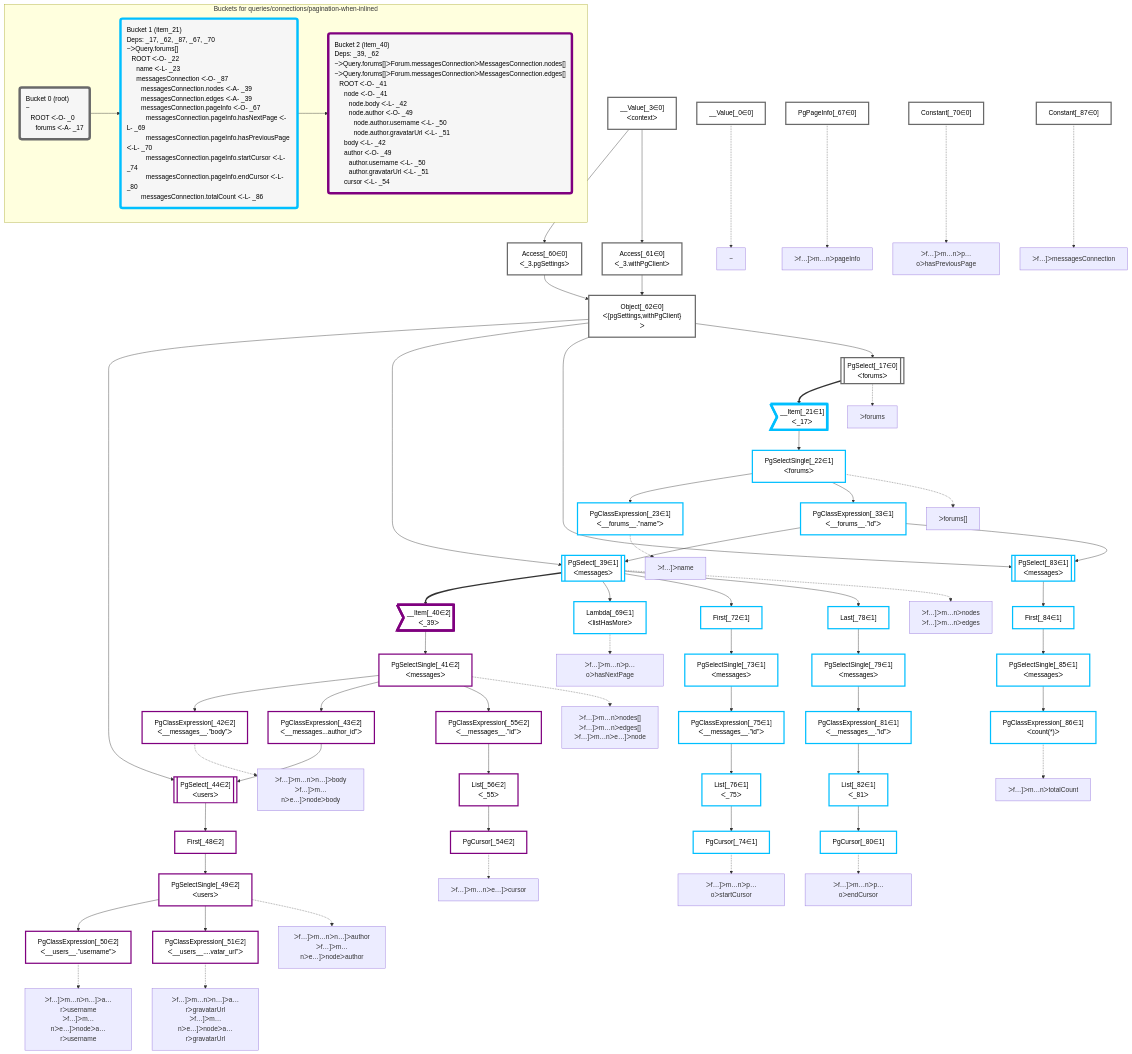
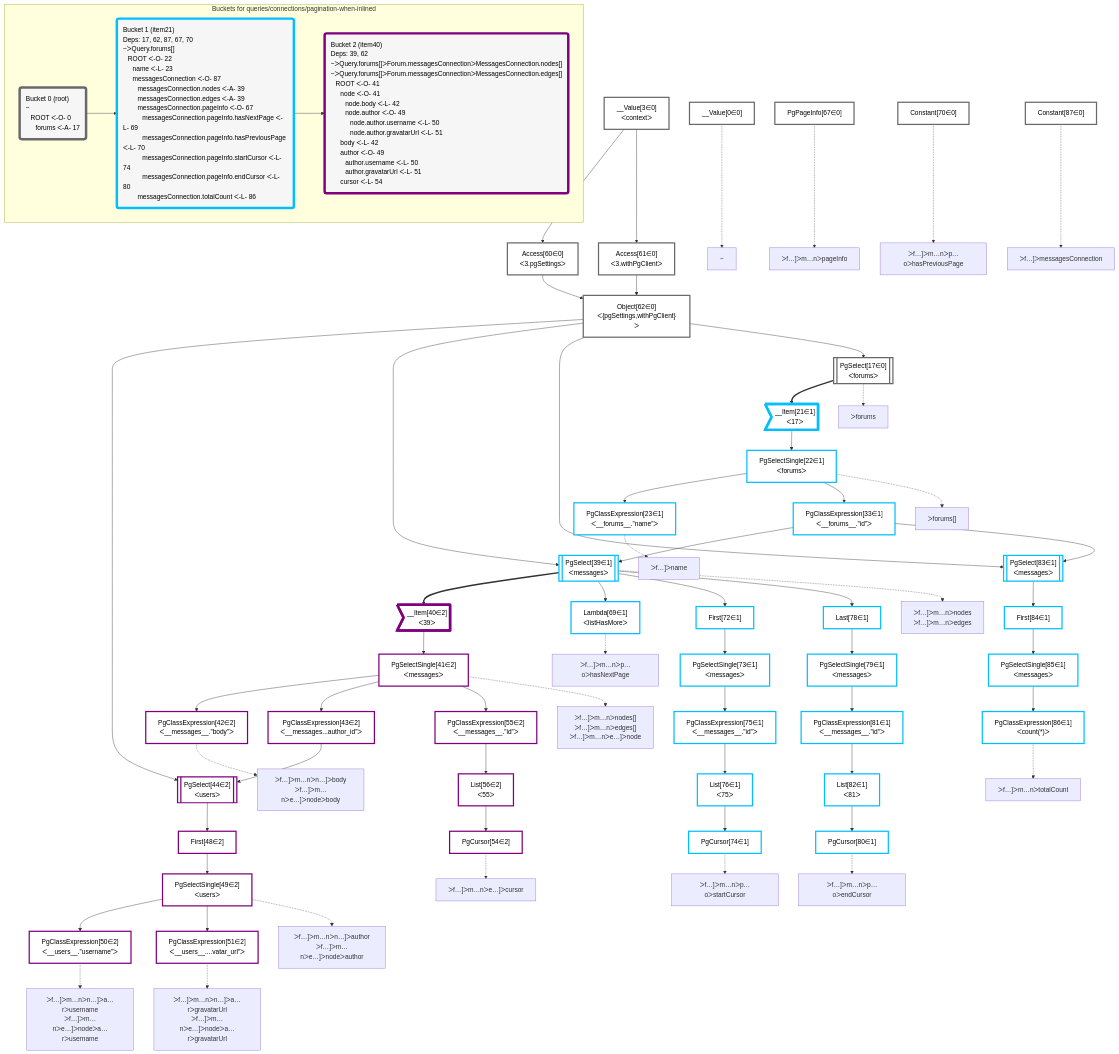
The diagram in packages/dataplan-pg/__tests__/queries/connections/pagination-when-inlined.deopt.mermaid.md (graphile/crystal), drawn with Mermaid before and after one commit. The commit also changed 195 other files, not shown here.

```diff
--- a/packages/dataplan-pg/__tests__/queries/connections/pagination-when-inlined.deopt.mermaid.md
+++ b/packages/dataplan-pg/__tests__/queries/connections/pagination-when-inlined.deopt.mermaid.md
@@ -8,134 +8,134 @@
 
 
     %% define plans
-    __Value_0["__Value[_0∈0]"]:::plan
-    PgClassExpression_23["PgClassExpression[_23∈1]<br />ᐸ__forums__.”name”ᐳ"]:::plan
-    PgClassExpression_42["PgClassExpression[_42∈2]<br />ᐸ__messages__.”body”ᐳ"]:::plan
-    PgClassExpression_50["PgClassExpression[_50∈2]<br />ᐸ__users__.”username”ᐳ"]:::plan
-    PgClassExpression_51["PgClassExpression[_51∈2]<br />ᐸ__users__....vatar_url”ᐳ"]:::plan
-    PgSelectSingle_49["PgSelectSingle[_49∈2]<br />ᐸusersᐳ"]:::plan
-    First_48["First[_48∈2]"]:::plan
-    PgSelect_44[["PgSelect[_44∈2]<br />ᐸusersᐳ"]]:::plan
-    PgClassExpression_43["PgClassExpression[_43∈2]<br />ᐸ__messages...author_id”ᐳ"]:::plan
-    PgCursor_54["PgCursor[_54∈2]"]:::plan
-    List_56["List[_56∈2]<br />ᐸ_55ᐳ"]:::plan
-    PgClassExpression_55["PgClassExpression[_55∈2]<br />ᐸ__messages__.”id”ᐳ"]:::plan
-    PgSelectSingle_41["PgSelectSingle[_41∈2]<br />ᐸmessagesᐳ"]:::plan
-    __Item_40>"__Item[_40∈2]<br />ᐸ_39ᐳ"]:::itemplan
-    Lambda_69["Lambda[_69∈1]<br />ᐸlistHasMoreᐳ"]:::plan
-    PgCursor_74["PgCursor[_74∈1]"]:::plan
-    List_76["List[_76∈1]<br />ᐸ_75ᐳ"]:::plan
-    PgClassExpression_75["PgClassExpression[_75∈1]<br />ᐸ__messages__.”id”ᐳ"]:::plan
-    PgSelectSingle_73["PgSelectSingle[_73∈1]<br />ᐸmessagesᐳ"]:::plan
-    First_72["First[_72∈1]"]:::plan
-    PgCursor_80["PgCursor[_80∈1]"]:::plan
-    List_82["List[_82∈1]<br />ᐸ_81ᐳ"]:::plan
-    PgClassExpression_81["PgClassExpression[_81∈1]<br />ᐸ__messages__.”id”ᐳ"]:::plan
-    PgSelectSingle_79["PgSelectSingle[_79∈1]<br />ᐸmessagesᐳ"]:::plan
-    Last_78["Last[_78∈1]"]:::plan
-    PgSelect_39[["PgSelect[_39∈1]<br />ᐸmessagesᐳ"]]:::plan
-    PgClassExpression_86["PgClassExpression[_86∈1]<br />ᐸcount(*)ᐳ"]:::plan
-    PgSelectSingle_85["PgSelectSingle[_85∈1]<br />ᐸmessagesᐳ"]:::plan
-    First_84["First[_84∈1]"]:::plan
-    PgSelect_83[["PgSelect[_83∈1]<br />ᐸmessagesᐳ"]]:::plan
-    PgClassExpression_33["PgClassExpression[_33∈1]<br />ᐸ__forums__.”id”ᐳ"]:::plan
-    PgSelectSingle_22["PgSelectSingle[_22∈1]<br />ᐸforumsᐳ"]:::plan
-    __Item_21>"__Item[_21∈1]<br />ᐸ_17ᐳ"]:::itemplan
-    PgSelect_17[["PgSelect[_17∈0]<br />ᐸforumsᐳ"]]:::plan
-    Object_62["Object[_62∈0]<br />ᐸ{pgSettings,withPgClient}ᐳ"]:::plan
-    Access_60["Access[_60∈0]<br />ᐸ_3.pgSettingsᐳ"]:::plan
-    Access_61["Access[_61∈0]<br />ᐸ_3.withPgClientᐳ"]:::plan
-    __Value_3["__Value[_3∈0]<br />ᐸcontextᐳ"]:::plan
-    Constant_87["Constant[_87∈0]"]:::plan
-    PgPageInfo_67["PgPageInfo[_67∈0]"]:::plan
-    Constant_70["Constant[_70∈0]"]:::plan
+    __Value0["__Value[0∈0]"]:::plan
+    PgClassExpression23["PgClassExpression[23∈1]<br />ᐸ__forums__.”name”ᐳ"]:::plan
+    PgClassExpression42["PgClassExpression[42∈2]<br />ᐸ__messages__.”body”ᐳ"]:::plan
+    PgClassExpression50["PgClassExpression[50∈2]<br />ᐸ__users__.”username”ᐳ"]:::plan
+    PgClassExpression51["PgClassExpression[51∈2]<br />ᐸ__users__....vatar_url”ᐳ"]:::plan
+    PgSelectSingle49["PgSelectSingle[49∈2]<br />ᐸusersᐳ"]:::plan
+    First48["First[48∈2]"]:::plan
+    PgSelect44[["PgSelect[44∈2]<br />ᐸusersᐳ"]]:::plan
+    PgClassExpression43["PgClassExpression[43∈2]<br />ᐸ__messages...author_id”ᐳ"]:::plan
+    PgCursor54["PgCursor[54∈2]"]:::plan
+    List56["List[56∈2]<br />ᐸ55ᐳ"]:::plan
+    PgClassExpression55["PgClassExpression[55∈2]<br />ᐸ__messages__.”id”ᐳ"]:::plan
+    PgSelectSingle41["PgSelectSingle[41∈2]<br />ᐸmessagesᐳ"]:::plan
+    __Item40>"__Item[40∈2]<br />ᐸ39ᐳ"]:::itemplan
+    Lambda69["Lambda[69∈1]<br />ᐸlistHasMoreᐳ"]:::plan
+    PgCursor74["PgCursor[74∈1]"]:::plan
+    List76["List[76∈1]<br />ᐸ75ᐳ"]:::plan
+    PgClassExpression75["PgClassExpression[75∈1]<br />ᐸ__messages__.”id”ᐳ"]:::plan
+    PgSelectSingle73["PgSelectSingle[73∈1]<br />ᐸmessagesᐳ"]:::plan
+    First72["First[72∈1]"]:::plan
+    PgCursor80["PgCursor[80∈1]"]:::plan
+    List82["List[82∈1]<br />ᐸ81ᐳ"]:::plan
+    PgClassExpression81["PgClassExpression[81∈1]<br />ᐸ__messages__.”id”ᐳ"]:::plan
+    PgSelectSingle79["PgSelectSingle[79∈1]<br />ᐸmessagesᐳ"]:::plan
+    Last78["Last[78∈1]"]:::plan
+    PgSelect39[["PgSelect[39∈1]<br />ᐸmessagesᐳ"]]:::plan
+    PgClassExpression86["PgClassExpression[86∈1]<br />ᐸcount(*)ᐳ"]:::plan
+    PgSelectSingle85["PgSelectSingle[85∈1]<br />ᐸmessagesᐳ"]:::plan
+    First84["First[84∈1]"]:::plan
+    PgSelect83[["PgSelect[83∈1]<br />ᐸmessagesᐳ"]]:::plan
+    PgClassExpression33["PgClassExpression[33∈1]<br />ᐸ__forums__.”id”ᐳ"]:::plan
+    PgSelectSingle22["PgSelectSingle[22∈1]<br />ᐸforumsᐳ"]:::plan
+    __Item21>"__Item[21∈1]<br />ᐸ17ᐳ"]:::itemplan
+    PgSelect17[["PgSelect[17∈0]<br />ᐸforumsᐳ"]]:::plan
+    Object62["Object[62∈0]<br />ᐸ{pgSettings,withPgClient}ᐳ"]:::plan
+    Access60["Access[60∈0]<br />ᐸ3.pgSettingsᐳ"]:::plan
+    Access61["Access[61∈0]<br />ᐸ3.withPgClientᐳ"]:::plan
+    __Value3["__Value[3∈0]<br />ᐸcontextᐳ"]:::plan
+    Constant87["Constant[87∈0]"]:::plan
+    PgPageInfo67["PgPageInfo[67∈0]"]:::plan
+    Constant70["Constant[70∈0]"]:::plan
 
     %% plan dependencies
-    PgSelectSingle_22 --> PgClassExpression_23
-    PgSelectSingle_41 --> PgClassExpression_42
-    PgSelectSingle_49 --> PgClassExpression_50
-    PgSelectSingle_49 --> PgClassExpression_51
-    First_48 --> PgSelectSingle_49
-    PgSelect_44 --> First_48
-    Object_62 & PgClassExpression_43 --> PgSelect_44
-    PgSelectSingle_41 --> PgClassExpression_43
-    List_56 --> PgCursor_54
-    PgClassExpression_55 --> List_56
-    PgSelectSingle_41 --> PgClassExpression_55
-    __Item_40 --> PgSelectSingle_41
-    PgSelect_39 ==> __Item_40
-    PgSelect_39 --> Lambda_69
-    List_76 --> PgCursor_74
-    PgClassExpression_75 --> List_76
-    PgSelectSingle_73 --> PgClassExpression_75
-    First_72 --> PgSelectSingle_73
-    PgSelect_39 --> First_72
-    List_82 --> PgCursor_80
-    PgClassExpression_81 --> List_82
-    PgSelectSingle_79 --> PgClassExpression_81
-    Last_78 --> PgSelectSingle_79
-    PgSelect_39 --> Last_78
-    Object_62 & PgClassExpression_33 --> PgSelect_39
-    PgSelectSingle_85 --> PgClassExpression_86
-    First_84 --> PgSelectSingle_85
-    PgSelect_83 --> First_84
-    Object_62 & PgClassExpression_33 --> PgSelect_83
-    PgSelectSingle_22 --> PgClassExpression_33
-    __Item_21 --> PgSelectSingle_22
-    PgSelect_17 ==> __Item_21
-    Object_62 --> PgSelect_17
-    Access_60 & Access_61 --> Object_62
-    __Value_3 --> Access_60
-    __Value_3 --> Access_61
+    PgSelectSingle22 --> PgClassExpression23
+    PgSelectSingle41 --> PgClassExpression42
+    PgSelectSingle49 --> PgClassExpression50
+    PgSelectSingle49 --> PgClassExpression51
+    First48 --> PgSelectSingle49
+    PgSelect44 --> First48
+    Object62 & PgClassExpression43 --> PgSelect44
+    PgSelectSingle41 --> PgClassExpression43
+    List56 --> PgCursor54
+    PgClassExpression55 --> List56
+    PgSelectSingle41 --> PgClassExpression55
+    __Item40 --> PgSelectSingle41
+    PgSelect39 ==> __Item40
+    PgSelect39 --> Lambda69
+    List76 --> PgCursor74
+    PgClassExpression75 --> List76
+    PgSelectSingle73 --> PgClassExpression75
+    First72 --> PgSelectSingle73
+    PgSelect39 --> First72
+    List82 --> PgCursor80
+    PgClassExpression81 --> List82
+    PgSelectSingle79 --> PgClassExpression81
+    Last78 --> PgSelectSingle79
+    PgSelect39 --> Last78
+    Object62 & PgClassExpression33 --> PgSelect39
+    PgSelectSingle85 --> PgClassExpression86
+    First84 --> PgSelectSingle85
+    PgSelect83 --> First84
+    Object62 & PgClassExpression33 --> PgSelect83
+    PgSelectSingle22 --> PgClassExpression33
+    __Item21 --> PgSelectSingle22
+    PgSelect17 ==> __Item21
+    Object62 --> PgSelect17
+    Access60 & Access61 --> Object62
+    __Value3 --> Access60
+    __Value3 --> Access61
 
     %% plan-to-path relationships
-    P_0["~"]
-    __Value_0 -.-> P_0
-    P_17["ᐳforums"]
-    PgSelect_17 -.-> P_17
-    P_22["ᐳforums[]"]
-    PgSelectSingle_22 -.-> P_22
-    P_23["ᐳf…]ᐳname"]
-    PgClassExpression_23 -.-> P_23
-    P_39["ᐳf…]ᐳm…nᐳnodes<br />ᐳf…]ᐳm…nᐳedges"]
-    PgSelect_39 -.-> P_39
-    P_41["ᐳf…]ᐳm…nᐳnodes[]<br />ᐳf…]ᐳm…nᐳedges[]<br />ᐳf…]ᐳm…nᐳe…]ᐳnode"]
-    PgSelectSingle_41 -.-> P_41
-    P_42["ᐳf…]ᐳm…nᐳn…]ᐳbody<br />ᐳf…]ᐳm…nᐳe…]ᐳnodeᐳbody"]
-    PgClassExpression_42 -.-> P_42
-    P_49["ᐳf…]ᐳm…nᐳn…]ᐳauthor<br />ᐳf…]ᐳm…nᐳe…]ᐳnodeᐳauthor"]
-    PgSelectSingle_49 -.-> P_49
-    P_50["ᐳf…]ᐳm…nᐳn…]ᐳa…rᐳusername<br />ᐳf…]ᐳm…nᐳe…]ᐳnodeᐳa…rᐳusername"]
-    PgClassExpression_50 -.-> P_50
-    P_51["ᐳf…]ᐳm…nᐳn…]ᐳa…rᐳgravatarUrl<br />ᐳf…]ᐳm…nᐳe…]ᐳnodeᐳa…rᐳgravatarUrl"]
-    PgClassExpression_51 -.-> P_51
-    P_54["ᐳf…]ᐳm…nᐳe…]ᐳcursor"]
-    PgCursor_54 -.-> P_54
-    P_67["ᐳf…]ᐳm…nᐳpageInfo"]
-    PgPageInfo_67 -.-> P_67
-    P_69["ᐳf…]ᐳm…nᐳp…oᐳhasNextPage"]
-    Lambda_69 -.-> P_69
-    P_70["ᐳf…]ᐳm…nᐳp…oᐳhasPreviousPage"]
-    Constant_70 -.-> P_70
-    P_74["ᐳf…]ᐳm…nᐳp…oᐳstartCursor"]
-    PgCursor_74 -.-> P_74
-    P_80["ᐳf…]ᐳm…nᐳp…oᐳendCursor"]
-    PgCursor_80 -.-> P_80
-    P_86["ᐳf…]ᐳm…nᐳtotalCount"]
-    PgClassExpression_86 -.-> P_86
-    P_87["ᐳf…]ᐳmessagesConnection"]
-    Constant_87 -.-> P_87
+    P0["~"]
+    __Value0 -.-> P0
+    P17["ᐳforums"]
+    PgSelect17 -.-> P17
+    P22["ᐳforums[]"]
+    PgSelectSingle22 -.-> P22
+    P23["ᐳf…]ᐳname"]
+    PgClassExpression23 -.-> P23
+    P39["ᐳf…]ᐳm…nᐳnodes<br />ᐳf…]ᐳm…nᐳedges"]
+    PgSelect39 -.-> P39
+    P41["ᐳf…]ᐳm…nᐳnodes[]<br />ᐳf…]ᐳm…nᐳedges[]<br />ᐳf…]ᐳm…nᐳe…]ᐳnode"]
+    PgSelectSingle41 -.-> P41
+    P42["ᐳf…]ᐳm…nᐳn…]ᐳbody<br />ᐳf…]ᐳm…nᐳe…]ᐳnodeᐳbody"]
+    PgClassExpression42 -.-> P42
+    P49["ᐳf…]ᐳm…nᐳn…]ᐳauthor<br />ᐳf…]ᐳm…nᐳe…]ᐳnodeᐳauthor"]
+    PgSelectSingle49 -.-> P49
+    P50["ᐳf…]ᐳm…nᐳn…]ᐳa…rᐳusername<br />ᐳf…]ᐳm…nᐳe…]ᐳnodeᐳa…rᐳusername"]
+    PgClassExpression50 -.-> P50
+    P51["ᐳf…]ᐳm…nᐳn…]ᐳa…rᐳgravatarUrl<br />ᐳf…]ᐳm…nᐳe…]ᐳnodeᐳa…rᐳgravatarUrl"]
+    PgClassExpression51 -.-> P51
+    P54["ᐳf…]ᐳm…nᐳe…]ᐳcursor"]
+    PgCursor54 -.-> P54
+    P67["ᐳf…]ᐳm…nᐳpageInfo"]
+    PgPageInfo67 -.-> P67
+    P69["ᐳf…]ᐳm…nᐳp…oᐳhasNextPage"]
+    Lambda69 -.-> P69
+    P70["ᐳf…]ᐳm…nᐳp…oᐳhasPreviousPage"]
+    Constant70 -.-> P70
+    P74["ᐳf…]ᐳm…nᐳp…oᐳstartCursor"]
+    PgCursor74 -.-> P74
+    P80["ᐳf…]ᐳm…nᐳp…oᐳendCursor"]
+    PgCursor80 -.-> P80
+    P86["ᐳf…]ᐳm…nᐳtotalCount"]
+    PgClassExpression86 -.-> P86
+    P87["ᐳf…]ᐳmessagesConnection"]
+    Constant87 -.-> P87
 
     subgraph "Buckets for queries/connections/pagination-when-inlined"
-    Bucket0("Bucket 0 (root)<br />~<br />⠀ROOT ᐸ-O- _0<br />⠀⠀forums ᐸ-A- _17"):::bucket
+    Bucket0("Bucket 0 (root)<br />~<br />⠀ROOT ᐸ-O- 0<br />⠀⠀forums ᐸ-A- 17"):::bucket
     classDef bucket0 stroke:#696969
-    class Bucket0,__Value_0,__Value_3,PgSelect_17,Access_60,Access_61,Object_62,PgPageInfo_67,Constant_70,Constant_87 bucket0
-    Bucket1("Bucket 1 (item_21)<br />Deps: _17, _62, _87, _67, _70<br />~ᐳQuery.forums[]<br />⠀ROOT ᐸ-O- _22<br />⠀⠀name ᐸ-L- _23<br />⠀⠀messagesConnection ᐸ-O- _87<br />⠀⠀⠀messagesConnection.nodes ᐸ-A- _39<br />⠀⠀⠀messagesConnection.edges ᐸ-A- _39<br />⠀⠀⠀messagesConnection.pageInfo ᐸ-O- _67<br />⠀⠀⠀⠀messagesConnection.pageInfo.hasNextPage ᐸ-L- _69<br />⠀⠀⠀⠀messagesConnection.pageInfo.hasPreviousPage ᐸ-L- _70<br />⠀⠀⠀⠀messagesConnection.pageInfo.startCursor ᐸ-L- _74<br />⠀⠀⠀⠀messagesConnection.pageInfo.endCursor ᐸ-L- _80<br />⠀⠀⠀messagesConnection.totalCount ᐸ-L- _86"):::bucket
+    class Bucket0,__Value0,__Value3,PgSelect17,Access60,Access61,Object62,PgPageInfo67,Constant70,Constant87 bucket0
+    Bucket1("Bucket 1 (item21)<br />Deps: 17, 62, 87, 67, 70<br />~ᐳQuery.forums[]<br />⠀ROOT ᐸ-O- 22<br />⠀⠀name ᐸ-L- 23<br />⠀⠀messagesConnection ᐸ-O- 87<br />⠀⠀⠀messagesConnection.nodes ᐸ-A- 39<br />⠀⠀⠀messagesConnection.edges ᐸ-A- 39<br />⠀⠀⠀messagesConnection.pageInfo ᐸ-O- 67<br />⠀⠀⠀⠀messagesConnection.pageInfo.hasNextPage ᐸ-L- 69<br />⠀⠀⠀⠀messagesConnection.pageInfo.hasPreviousPage ᐸ-L- 70<br />⠀⠀⠀⠀messagesConnection.pageInfo.startCursor ᐸ-L- 74<br />⠀⠀⠀⠀messagesConnection.pageInfo.endCursor ᐸ-L- 80<br />⠀⠀⠀messagesConnection.totalCount ᐸ-L- 86"):::bucket
     classDef bucket1 stroke:#00bfff
-    class Bucket1,__Item_21,PgSelectSingle_22,PgClassExpression_23,PgClassExpression_33,PgSelect_39,Lambda_69,First_72,PgSelectSingle_73,PgCursor_74,PgClassExpression_75,List_76,Last_78,PgSelectSingle_79,PgCursor_80,PgClassExpression_81,List_82,PgSelect_83,First_84,PgSelectSingle_85,PgClassExpression_86 bucket1
-    Bucket2("Bucket 2 (item_40)<br />Deps: _39, _62<br />~ᐳQuery.forums[]ᐳForum.messagesConnectionᐳMessagesConnection.nodes[]<br />~ᐳQuery.forums[]ᐳForum.messagesConnectionᐳMessagesConnection.edges[]<br />⠀ROOT ᐸ-O- _41<br />⠀⠀node ᐸ-O- _41<br />⠀⠀⠀node.body ᐸ-L- _42<br />⠀⠀⠀node.author ᐸ-O- _49<br />⠀⠀⠀⠀node.author.username ᐸ-L- _50<br />⠀⠀⠀⠀node.author.gravatarUrl ᐸ-L- _51<br />⠀⠀body ᐸ-L- _42<br />⠀⠀author ᐸ-O- _49<br />⠀⠀⠀author.username ᐸ-L- _50<br />⠀⠀⠀author.gravatarUrl ᐸ-L- _51<br />⠀⠀cursor ᐸ-L- _54"):::bucket
+    class Bucket1,__Item21,PgSelectSingle22,PgClassExpression23,PgClassExpression33,PgSelect39,Lambda69,First72,PgSelectSingle73,PgCursor74,PgClassExpression75,List76,Last78,PgSelectSingle79,PgCursor80,PgClassExpression81,List82,PgSelect83,First84,PgSelectSingle85,PgClassExpression86 bucket1
+    Bucket2("Bucket 2 (item40)<br />Deps: 39, 62<br />~ᐳQuery.forums[]ᐳForum.messagesConnectionᐳMessagesConnection.nodes[]<br />~ᐳQuery.forums[]ᐳForum.messagesConnectionᐳMessagesConnection.edges[]<br />⠀ROOT ᐸ-O- 41<br />⠀⠀node ᐸ-O- 41<br />⠀⠀⠀node.body ᐸ-L- 42<br />⠀⠀⠀node.author ᐸ-O- 49<br />⠀⠀⠀⠀node.author.username ᐸ-L- 50<br />⠀⠀⠀⠀node.author.gravatarUrl ᐸ-L- 51<br />⠀⠀body ᐸ-L- 42<br />⠀⠀author ᐸ-O- 49<br />⠀⠀⠀author.username ᐸ-L- 50<br />⠀⠀⠀author.gravatarUrl ᐸ-L- 51<br />⠀⠀cursor ᐸ-L- 54"):::bucket
     classDef bucket2 stroke:#7f007f
-    class Bucket2,__Item_40,PgSelectSingle_41,PgClassExpression_42,PgClassExpression_43,PgSelect_44,First_48,PgSelectSingle_49,PgClassExpression_50,PgClassExpression_51,PgCursor_54,PgClassExpression_55,List_56 bucket2
+    class Bucket2,__Item40,PgSelectSingle41,PgClassExpression42,PgClassExpression43,PgSelect44,First48,PgSelectSingle49,PgClassExpression50,PgClassExpression51,PgCursor54,PgClassExpression55,List56 bucket2
     Bucket0 --> Bucket1
     Bucket1 --> Bucket2
     end
```
